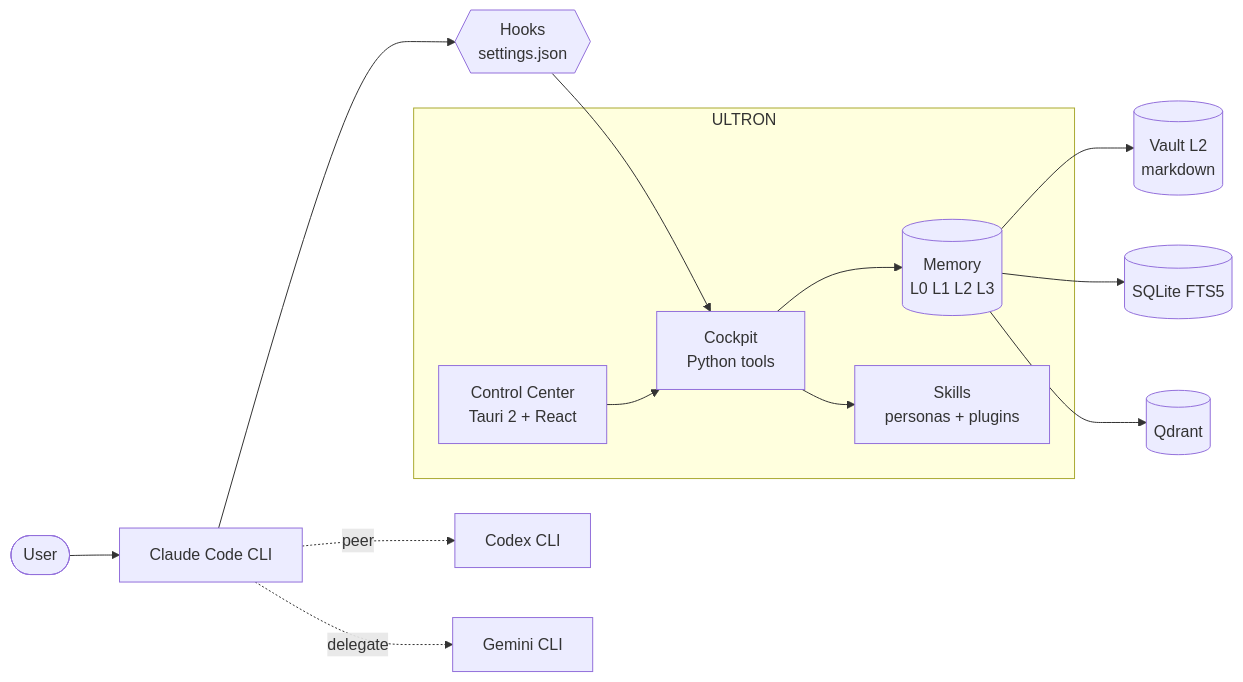
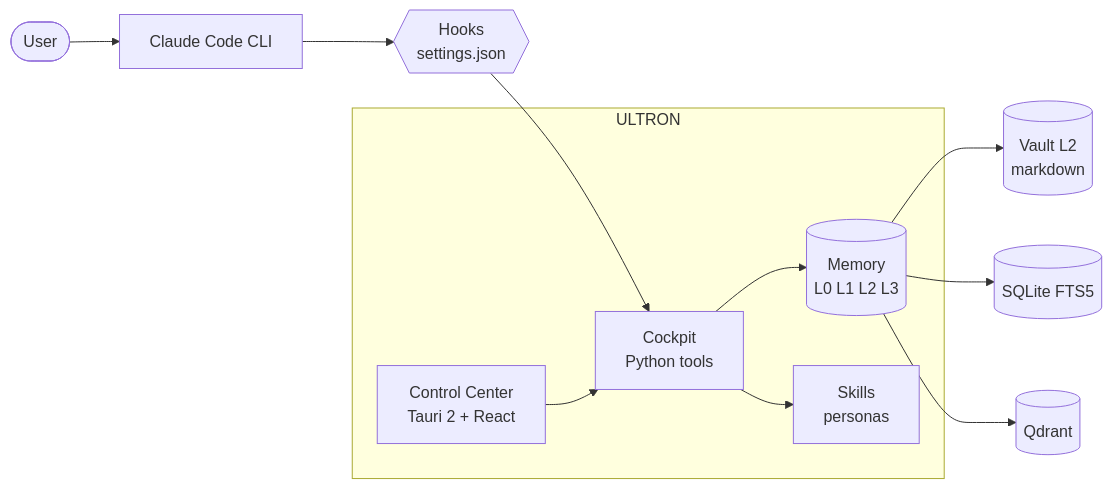
Before and after one commit to SkiTemplar/ultron-control-center: the diagram in README.md, drawn with Mermaid. The commit also changed other lines of this file and 1 other file, not shown here.

````diff
--- a/README.md
+++ b/README.md
@@ -108,29 +75,25 @@
 ```mermaid
 flowchart LR
     User([User])
     CC[Claude Code CLI]
     Hooks{{Hooks<br/>settings.json}}
     subgraph ULTRON
         Memory[(Memory<br/>L0 L1 L2 L3)]
-        Skills[Skills<br/>personas + plugins]
+        Skills[Skills<br/>personas]
         Cockpit[Cockpit<br/>Python tools]
         GUI[Control Center<br/>Tauri 2 + React]
     end
+    Vault[(Vault L2<br/>markdown)]
+    FTS[(SQLite FTS5)]
     Q[(Qdrant)]
-    FTS[(SQLite FTS5)]
-    Vault[(Vault L2<br/>markdown)]
-    Codex[Codex CLI]
-    Gemini[Gemini CLI]
 
     User --> CC
     CC --> Hooks
     Hooks --> Cockpit
     Cockpit --> Memory
     Memory --> Vault
     Memory --> FTS
     Memory --> Q
     Cockpit --> Skills
     GUI --> Cockpit
-    CC -.peer.-> Codex
-    CC -.delegate.-> Gemini
 ```
````
